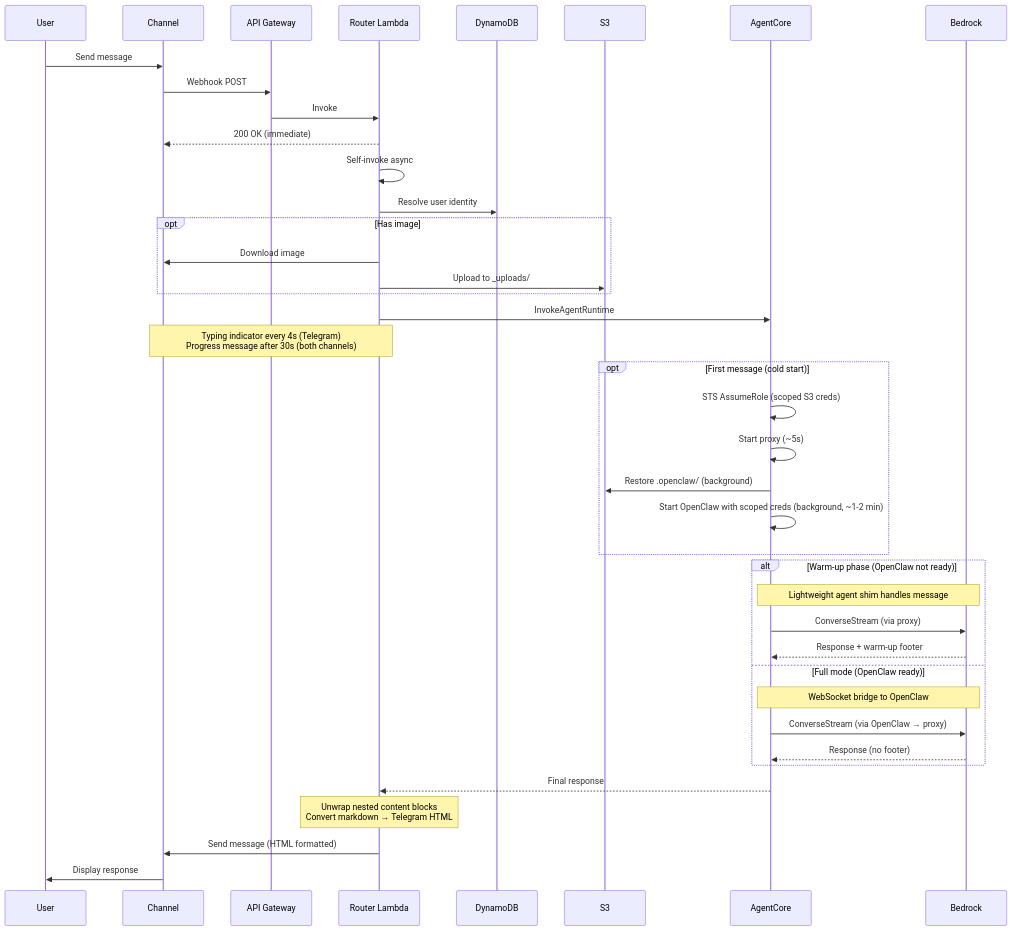
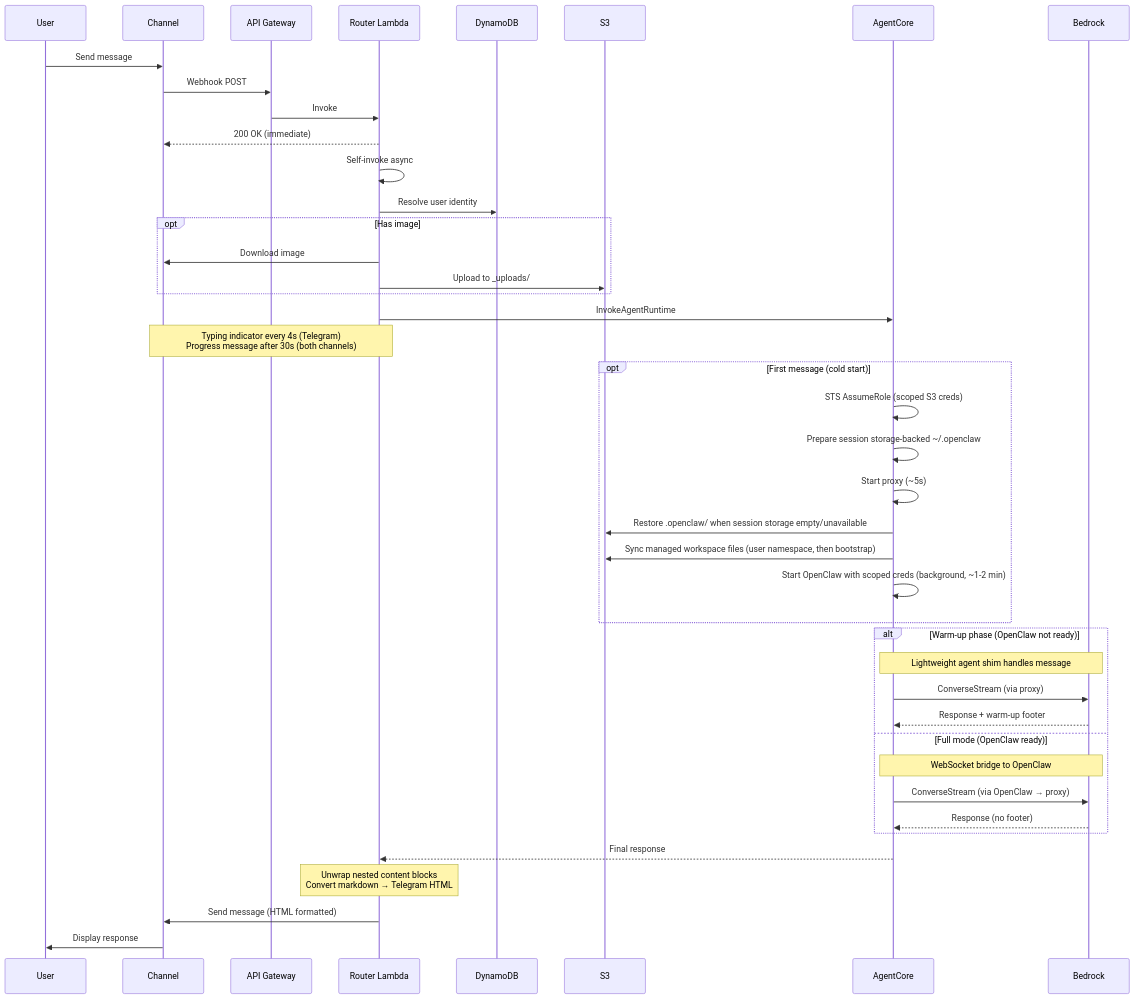
The second of 8 diagrams in docs/architecture-detailed.md (wongcyrus/sample-host-openclaw-on-amazon-bedrock-agentcore), drawn with Mermaid before and after one commit. The commit also changed other lines of this file and 67 other files, not shown here.

First line of the commit message:
feat(bridge): add managed workspace bootstrap

````diff
--- a/docs/architecture-detailed.md
+++ b/docs/architecture-detailed.md
@@ -69,48 +69,50 @@
 ```mermaid
 sequenceDiagram
     participant U as User
     participant C as Channel
     participant AG as API Gateway
     participant RL as Router Lambda
     participant DB as DynamoDB
     participant S3 as S3
     participant AC as AgentCore
     participant B as Bedrock
 
     U->>C: Send message
     C->>AG: Webhook POST
     AG->>RL: Invoke
     RL-->>C: 200 OK (immediate)
     RL->>RL: Self-invoke async
     RL->>DB: Resolve user identity
 
     opt Has image
         RL->>C: Download image
         RL->>S3: Upload to _uploads/
     end
 
     RL->>AC: InvokeAgentRuntime
     Note over RL,C: Typing indicator every 4s (Telegram)<br/>Progress message after 30s (both channels)
 
     opt First message (cold start)
         AC->>AC: STS AssumeRole (scoped S3 creds)
+        AC->>AC: Prepare session storage-backed ~/.openclaw
         AC->>AC: Start proxy (~5s)
-        AC->>S3: Restore .openclaw/ (background)
+        AC->>S3: Restore .openclaw/ when session storage empty/unavailable
+        AC->>S3: Sync managed workspace files (user namespace, then bootstrap)
         AC->>AC: Start OpenClaw with scoped creds (background, ~1-2 min)
     end
 
     alt Warm-up phase (OpenClaw not ready)
         Note over AC,B: Lightweight agent shim handles message
         AC->>B: ConverseStream (via proxy)
         B-->>AC: Response + warm-up footer
     else Full mode (OpenClaw ready)
         Note over AC,B: WebSocket bridge to OpenClaw
         AC->>B: ConverseStream (via OpenClaw → proxy)
         B-->>AC: Response (no footer)
     end
 
     AC-->>RL: Final response
     Note over RL: Unwrap nested content blocks<br/>Convert markdown → Telegram HTML
     RL->>C: Send message (HTML formatted)
     C->>U: Display response
 ```
````
